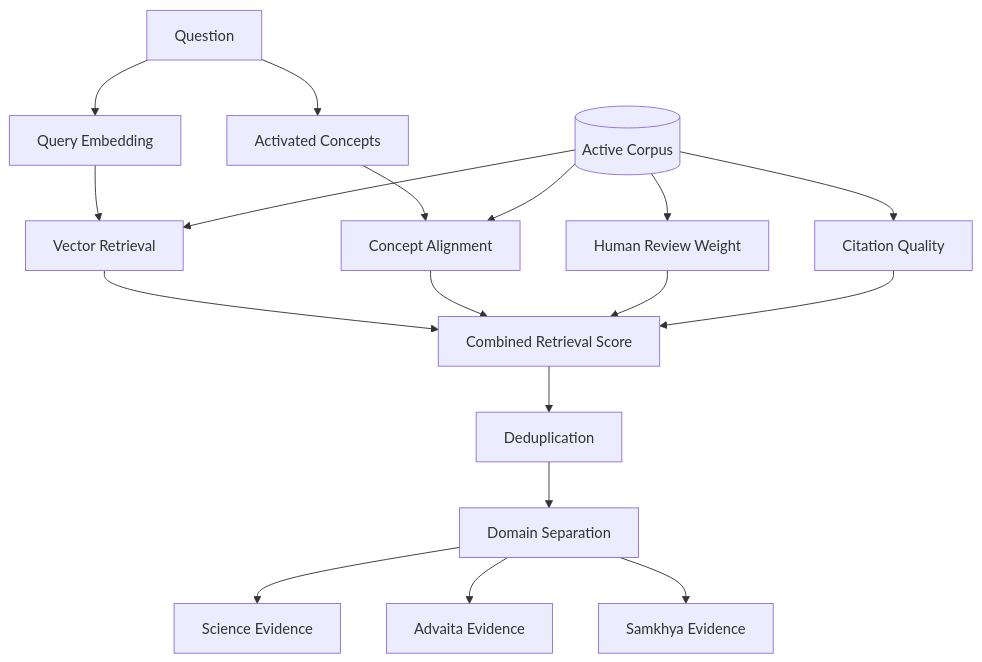
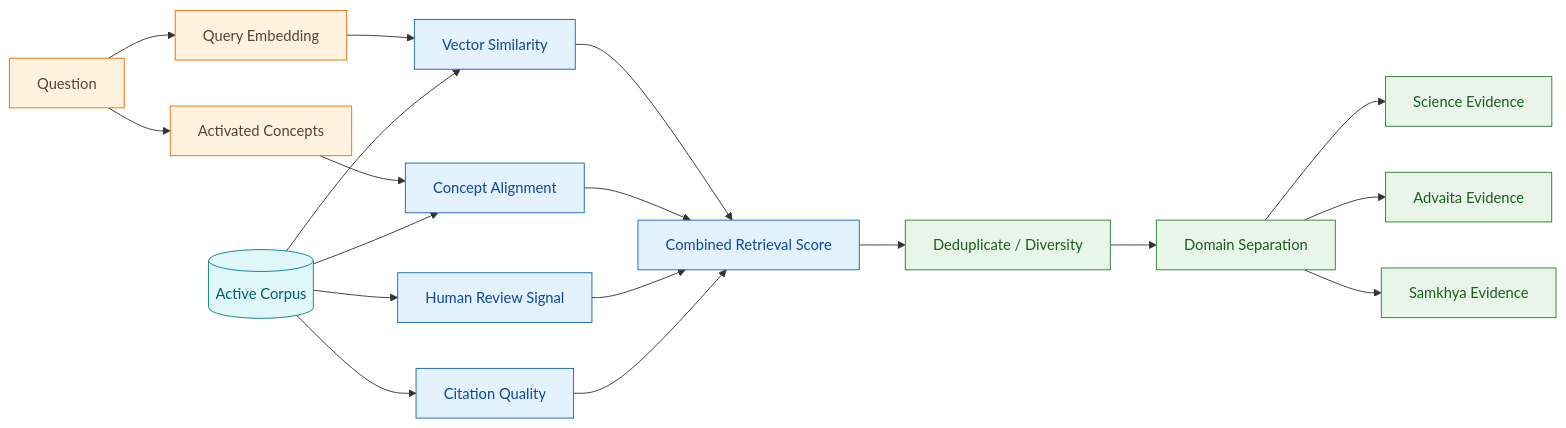
Before and after one commit to imAbhinav13/WTH-WhatTheHuman: the fourth of 8 diagrams in README.md, drawn with Mermaid. The commit also changed other lines of this file, not shown here.

Commit message:
Refresh README with production architecture and frontend

````diff
--- a/README.md
+++ b/README.md
@@ -511,38 +558,33 @@
 ```mermaid
-flowchart TD
-    Q[Question]
-    QE[Query Embedding]
-    CA[Activated Concepts]
+flowchart LR
+    Q["Question"] --> QE["Query Embedding"]
+    Q --> CA["Activated Concepts"]
+    DB[("Active Corpus")]
 
-    DB[(Active Corpus)]
-
-    VR[Vector Retrieval]
-    CS[Concept Alignment]
-    HR[Human Review Weight]
-    CQ[Citation Quality]
-
-    RS[Combined Retrieval Score]
-    DD[Deduplication]
-    DS[Domain Separation]
-
-    S[Science Evidence]
-    A[Advaita Evidence]
-    K[Samkhya Evidence]
-
-    Q --> QE --> VR
-    Q --> CA --> CS
+    QE --> VR["Vector Similarity"]
+    CA --> CS["Concept Alignment"]
     DB --> VR
     DB --> CS
-    DB --> HR
-    DB --> CQ
+    DB --> HR["Human Review Signal"]
+    DB --> CQ["Citation Quality"]
 
-    VR --> RS
+    VR --> RS["Combined Retrieval Score"]
     CS --> RS
     HR --> RS
     CQ --> RS
 
-    RS --> DD --> DS
-    DS --> S
-    DS --> A
-    DS --> K
+    RS --> DD["Deduplicate / Diversity"] --> DS["Domain Separation"]
+    DS --> S["Science Evidence"]
+    DS --> A["Advaita Evidence"]
+    DS --> K["Samkhya Evidence"]
+
+    classDef input fill:#FFF3E0,stroke:#EF6C00,color:#5D4037;
+    classDef score fill:#E3F2FD,stroke:#1565C0,color:#0D47A1;
+    classDef data fill:#E0F7FA,stroke:#00838F,color:#006064;
+    classDef result fill:#E8F5E9,stroke:#2E7D32,color:#1B5E20;
+
+    class Q,QE,CA input;
+    class VR,CS,HR,CQ,RS score;
+    class DB data;
+    class DD,DS,S,A,K result;
 ```
````
